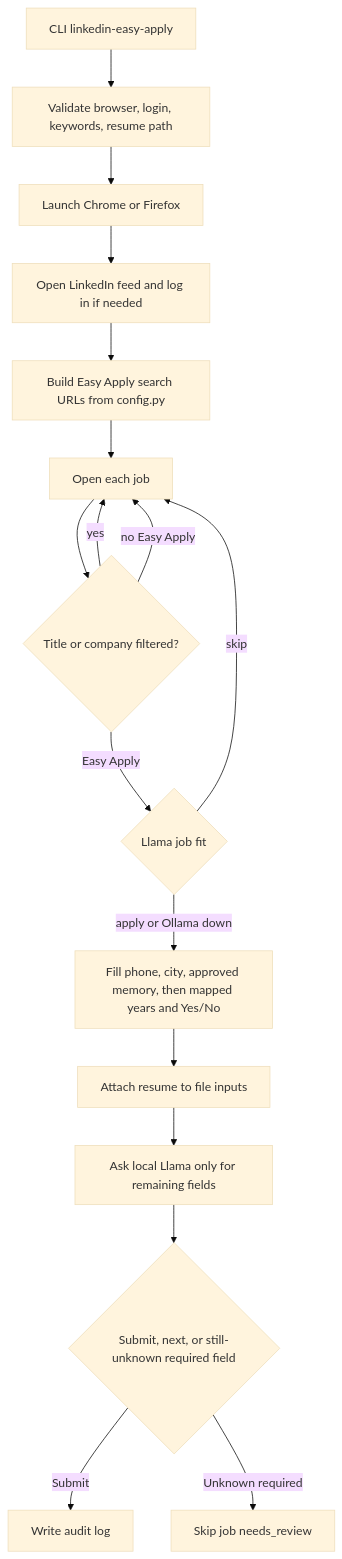
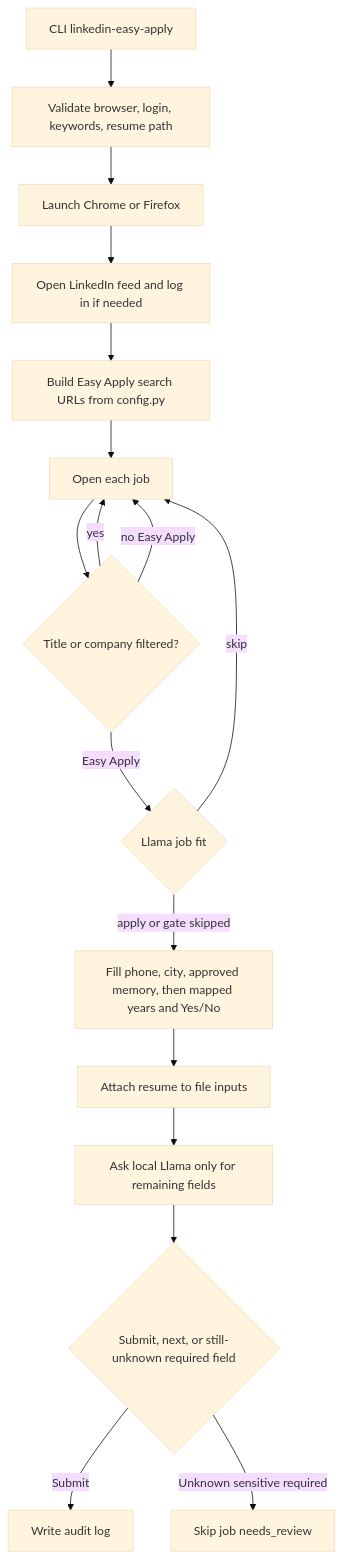
One commit to TapiwaChikwenya/linkedin-application-bot changed the first of 2 diagrams in docs/configuration.md. Above: the diagram before and after it, drawn with Mermaid (base theme). The commit also changed other lines of this file and 39 other files, not shown here.

````diff
--- a/docs/configuration.md
+++ b/docs/configuration.md
@@ -54,19 +55,19 @@
 ```mermaid
 flowchart TD
   A[CLI linkedin-easy-apply] --> B[Validate browser, login, keywords, resume path]
   B --> C[Launch Chrome or Firefox]
   C --> D[Open LinkedIn feed and log in if needed]
   D --> E[Build Easy Apply search URLs from config.py]
   E --> F[Open each job]
   F --> G{Title or company filtered?}
   G -->|yes| F
   G -->|no Easy Apply| F
   G -->|Easy Apply| GF{Llama job fit}
   GF -->|skip| F
-  GF -->|apply or Ollama down| H[Fill phone, city, approved memory, then mapped years and Yes/No]
+  GF -->|apply or gate skipped| H[Fill phone, city, approved memory, then mapped years and Yes/No]
   H --> I[Attach resume to file inputs]
   I --> J[Ask local Llama only for remaining fields]
   J --> K{Submit, next, or still-unknown required field}
   K -->|Submit| L[Write audit log]
-  K -->|Unknown required| M[Skip job needs_review]
+  K -->|Unknown sensitive required| M[Skip job needs_review]
 ```
````
